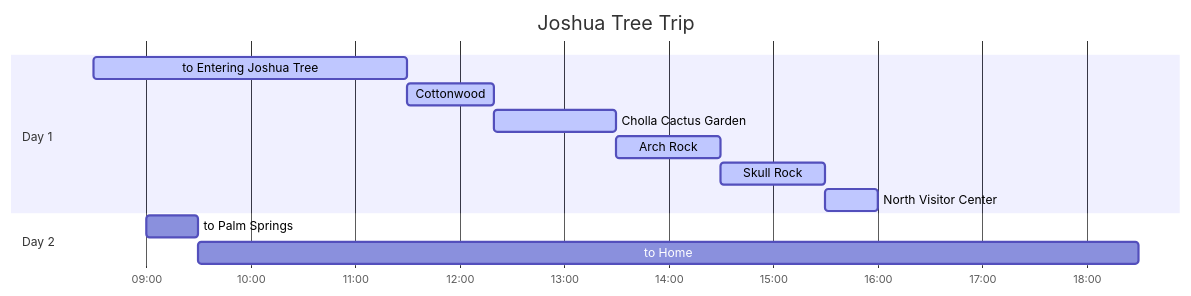
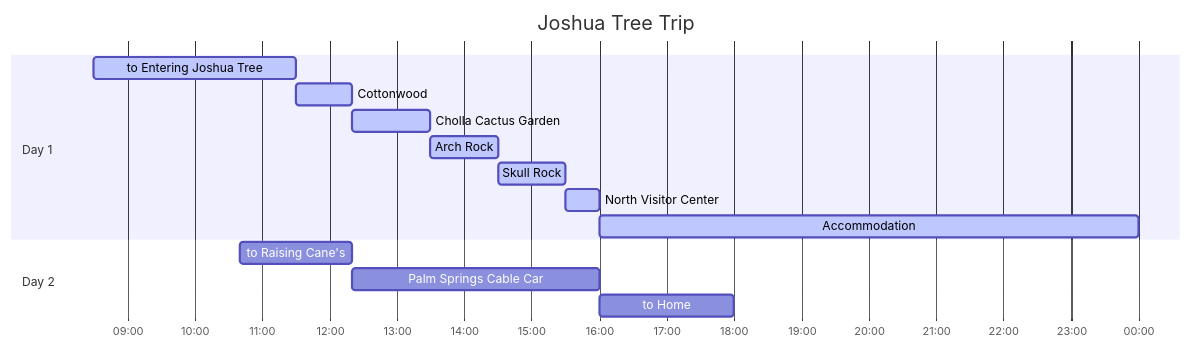
One commit to applic8ion/applic8ion.github.io changed the diagram in _posts/2024-05-01-joshua-tree-trip-1.md. Above: the diagram before and after it, drawn with Mermaid. The commit also changed other lines of this file and 12 other files, not shown here.

````diff
--- a/_posts/2024-05-01-joshua-tree-trip-1.md
+++ b/_posts/2024-05-01-joshua-tree-trip-1.md
@@ -14,16 +14,18 @@
 ```mermaid
 gantt
 dateFormat HH:mm
 axisFormat %H:%M
 title Joshua Tree Trip
 section Day 1
-to Entering Joshua Tree: active, d1-1, 08:30, 11:30
+to Entering Joshua Tree: active, d1-1, 08:30, 3h
 Cottonwood: active, d1-2, after d1-1, 12:20
 Cholla Cactus Garden: active, d1-3, after d1-2, 13:30
 Arch Rock: active, d1-4, after d1-3, 14:30
 Skull Rock: active, d1-5, after d1-4, 15:30
 North Visitor Center: active, d1-6, after d1-5, 16:00
+Accommodation: active, d1-7, after d1-6, 8h
 section Day 2
-to Palm Springs : d2-1, 09:00, 30m
-to Home: d2-2, after d2-1, 18:30
+to Raising Cane's : d2-1, 10:40, 100m
+Palm Springs Cable Car : d2-2, after d2-1, 16:00
+to Home: d2-3, after d2-2, 2h
 ```
````
